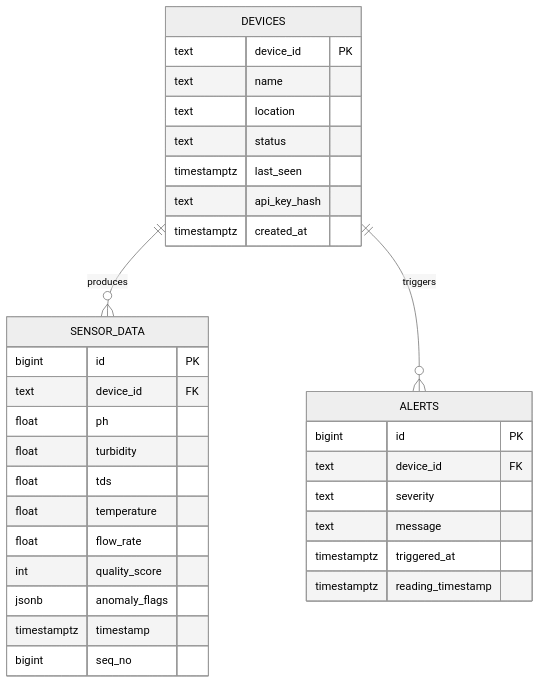
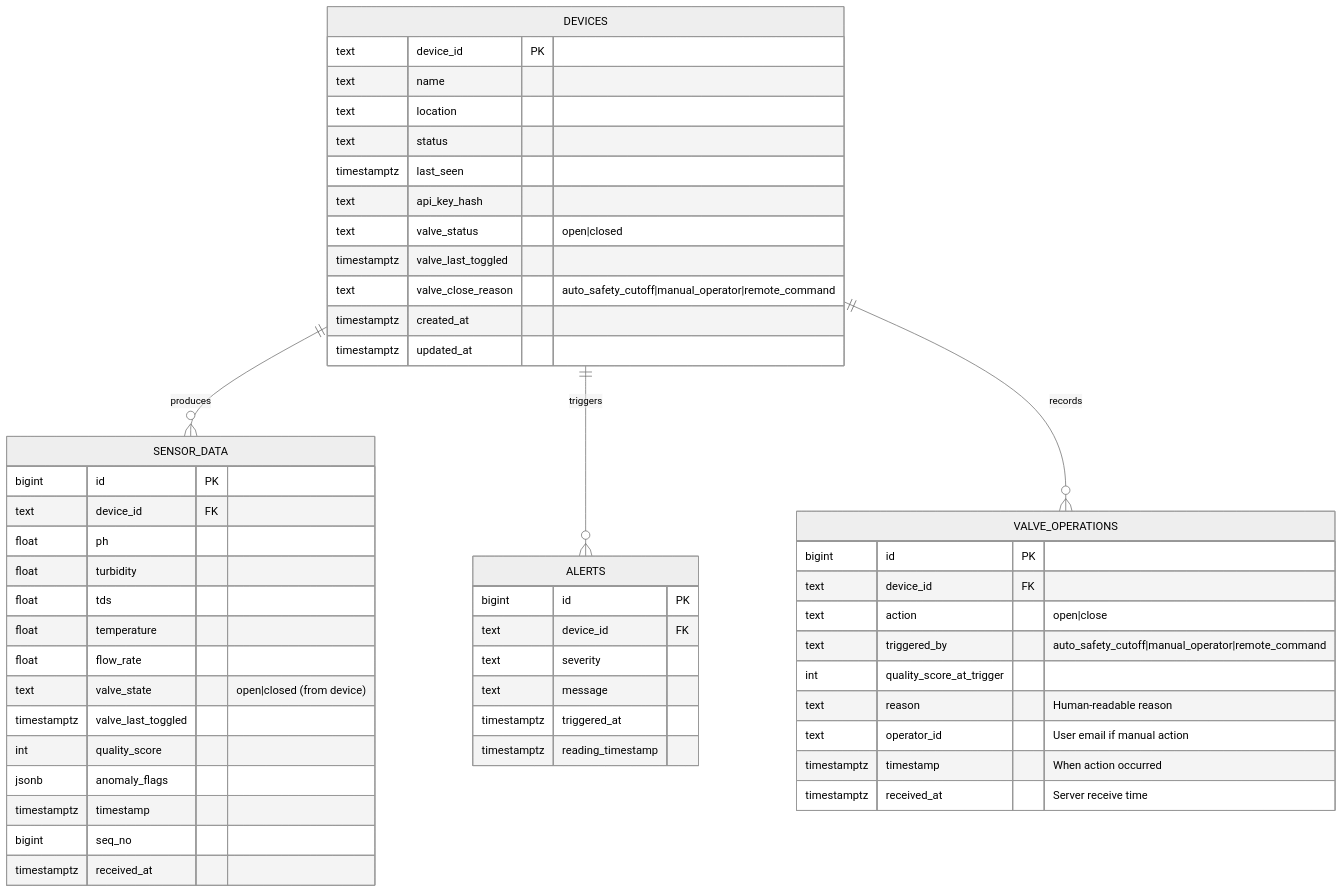
One commit to hari-craz/Thanni-can-poda-vandhan-sir changed the diagram in docs/ER-Diagram.md. Above: the diagram before and after it, drawn with Mermaid (neutral theme). The commit also changed other lines of this file and 27 other files, not shown here.

````diff
--- a/docs/ER-Diagram.md
+++ b/docs/ER-Diagram.md
@@ -3,38 +3,58 @@
 ```mermaid
 erDiagram
     DEVICES {
         text device_id PK
         text name
         text location
         text status
         timestamptz last_seen
         text api_key_hash
+        text valve_status "open|closed"
+        timestamptz valve_last_toggled
+        text valve_close_reason "auto_safety_cutoff|manual_operator|remote_command"
         timestamptz created_at
+        timestamptz updated_at
     }
 
     SENSOR_DATA {
         bigint id PK
         text device_id FK
         float ph
         float turbidity
         float tds
         float temperature
         float flow_rate
+        text valve_state "open|closed (from device)"
+        timestamptz valve_last_toggled
         int quality_score
         jsonb anomaly_flags
         timestamptz timestamp
         bigint seq_no
+        timestamptz received_at
+    }
+
+    VALVE_OPERATIONS {
+        bigint id PK
+        text device_id FK
+        text action "open|close"
+        text triggered_by "auto_safety_cutoff|manual_operator|remote_command"
+        int quality_score_at_trigger
+        text reason "Human-readable reason"
+        text operator_id "User email if manual action"
+        timestamptz timestamp "When action occurred"
+        timestamptz received_at "Server receive time"
     }
 
     ALERTS {
         bigint id PK
         text device_id FK
         text severity
         text message
         timestamptz triggered_at
         timestamptz reading_timestamp
     }
 
     DEVICES ||--o{ SENSOR_DATA : produces
     DEVICES ||--o{ ALERTS : triggers
+    DEVICES ||--o{ VALVE_OPERATIONS : records
 ```
````
